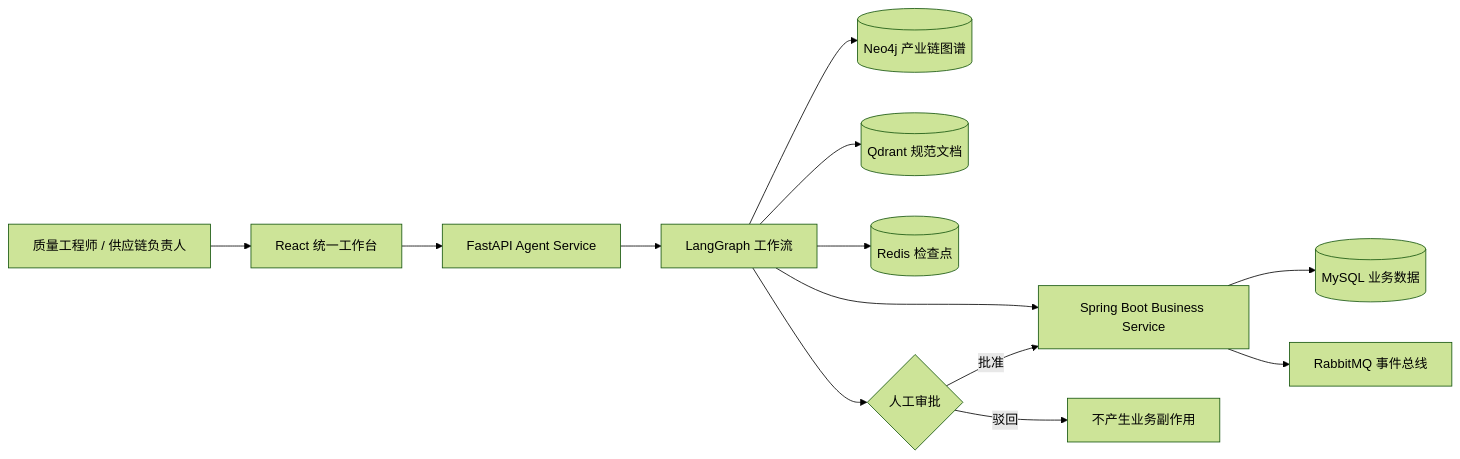
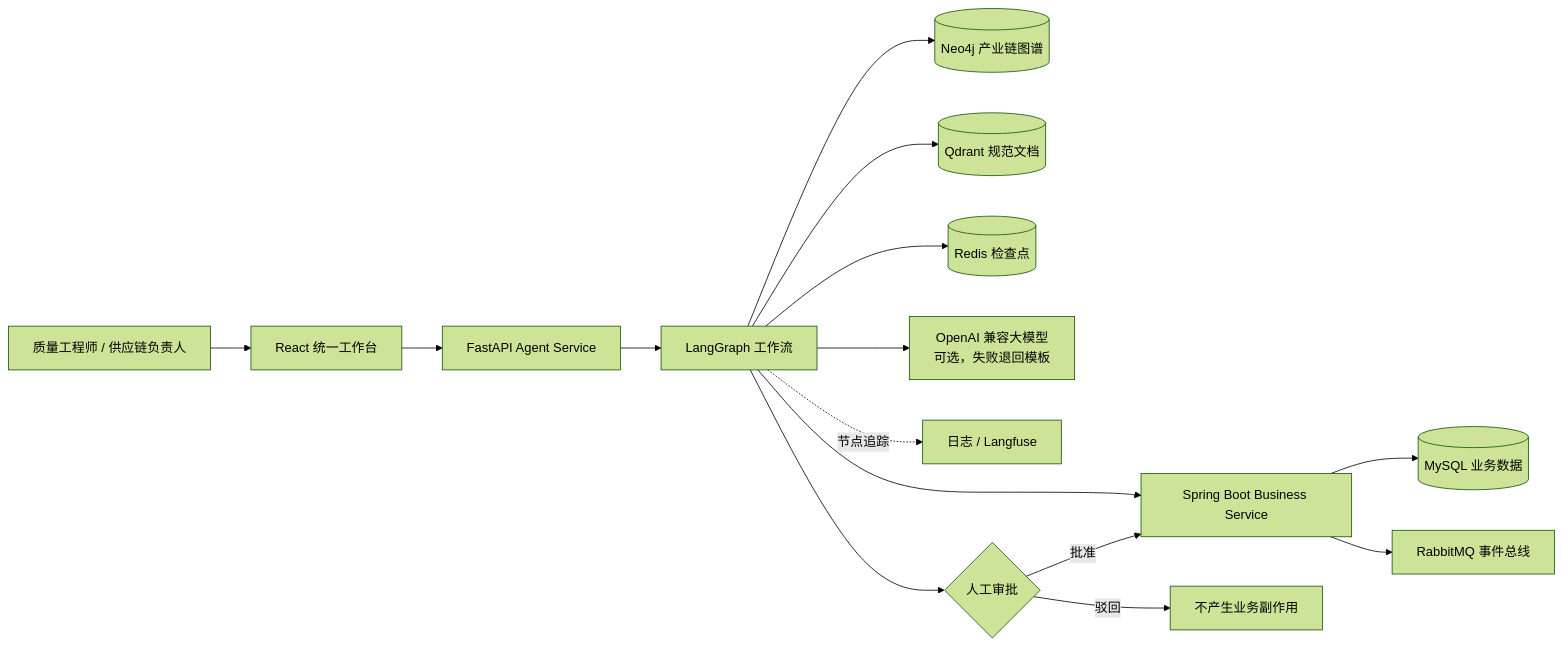
Before and after one commit to lijy-forge/SupplyGuard-Ai: the diagram in readme.md, drawn with Mermaid (forest theme). The commit also changed other lines of this file and 23 other files, not shown here.

````diff
--- a/readme.md
+++ b/readme.md
@@ -137,15 +188,17 @@
 ```mermaid
 flowchart LR
     U[质量工程师 / 供应链负责人] --> UI[React 统一工作台]
     UI --> AGENT[FastAPI Agent Service]
     AGENT --> LG[LangGraph 工作流]
     LG --> BUSINESS[Spring Boot Business Service]
     LG --> NEO4J[(Neo4j 产业链图谱)]
     LG --> QDRANT[(Qdrant 规范文档)]
     LG --> REDIS[(Redis 检查点)]
+    LG --> LLM[OpenAI 兼容大模型<br/>可选，失败退回模板]
+    LG -.节点追踪.-> OBS[日志 / Langfuse]
     BUSINESS --> MYSQL[(MySQL 业务数据)]
     BUSINESS --> MQ[RabbitMQ 事件总线]
     LG --> HITL{人工审批}
     HITL -->|批准| BUSINESS
     HITL -->|驳回| END[不产生业务副作用]
 ```
````
